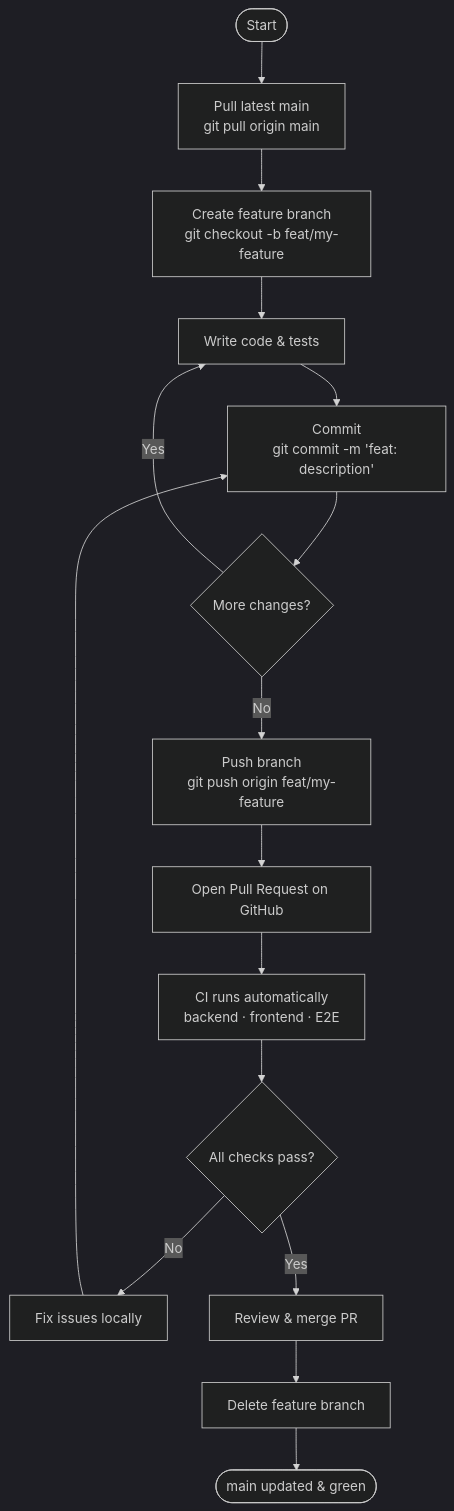
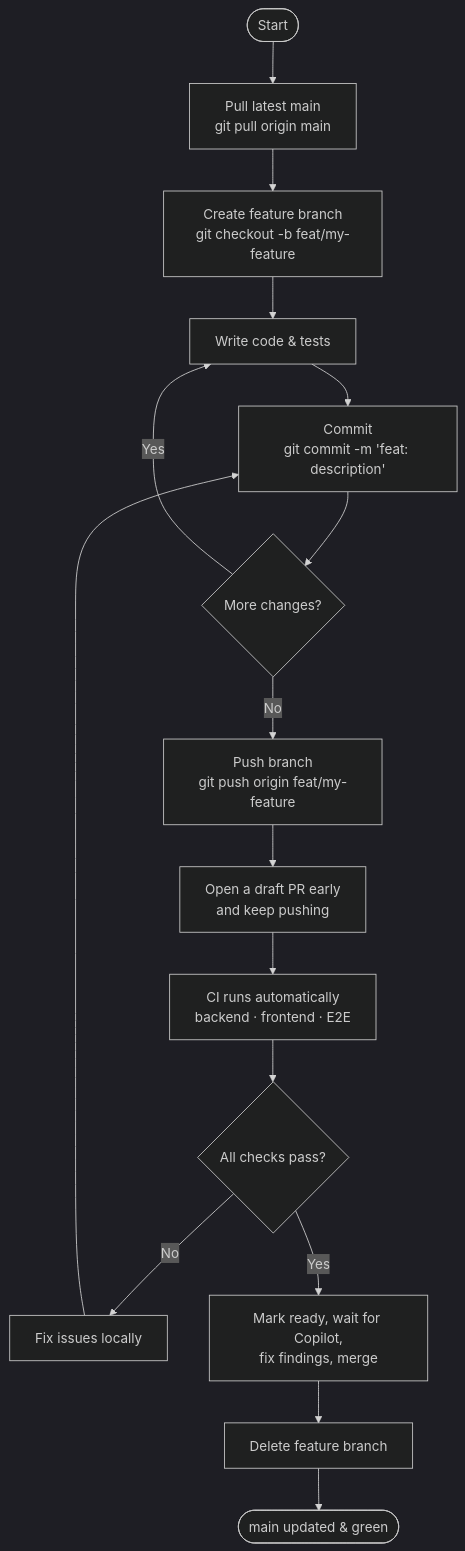
The first of 2 diagrams in CONTRIBUTING.md (oggthemiffed/RCTimingControl), drawn with Mermaid (dark theme) before and after one commit. The commit also changed other lines of this file and 1 other file, not shown here.

````diff
--- a/CONTRIBUTING.md
+++ b/CONTRIBUTING.md
@@ -19,18 +31,18 @@
 ```mermaid
 flowchart TD
     A([Start]) --> B[Pull latest main\ngit pull origin main]
     B --> C[Create feature branch\ngit checkout -b feat/my-feature]
     C --> D[Write code & tests]
     D --> E[Commit\ngit commit -m 'feat: description']
     E --> F{More changes?}
     F -- Yes --> D
     F -- No --> G[Push branch\ngit push origin feat/my-feature]
-    G --> H[Open Pull Request on GitHub]
+    G --> H[Open a draft PR early\nand keep pushing]
     H --> I[CI runs automatically\nbackend · frontend · E2E]
     I --> J{All checks pass?}
     J -- No --> K[Fix issues locally]
     K --> E
-    J -- Yes --> L[Review & merge PR]
+    J -- Yes --> L[Mark ready, wait for Copilot,\nfix findings, merge]
     L --> M[Delete feature branch]
     M --> N([main updated & green])
 ```
````
